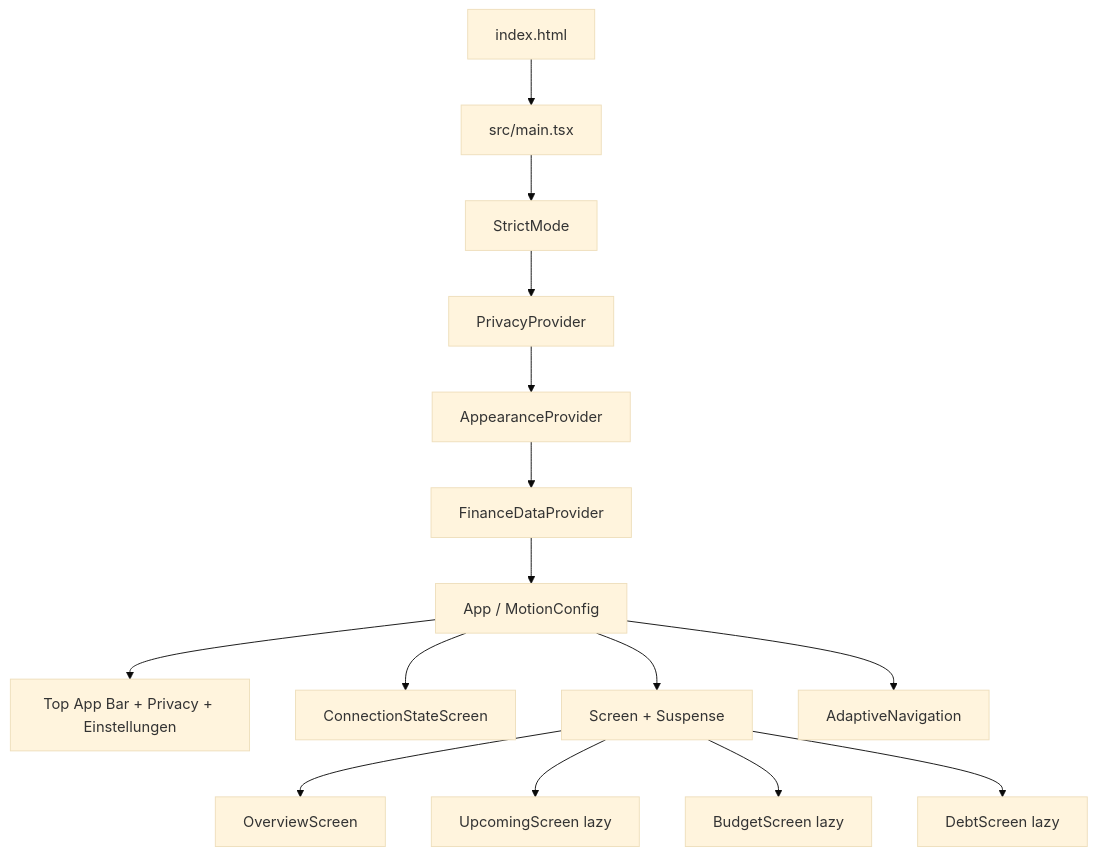
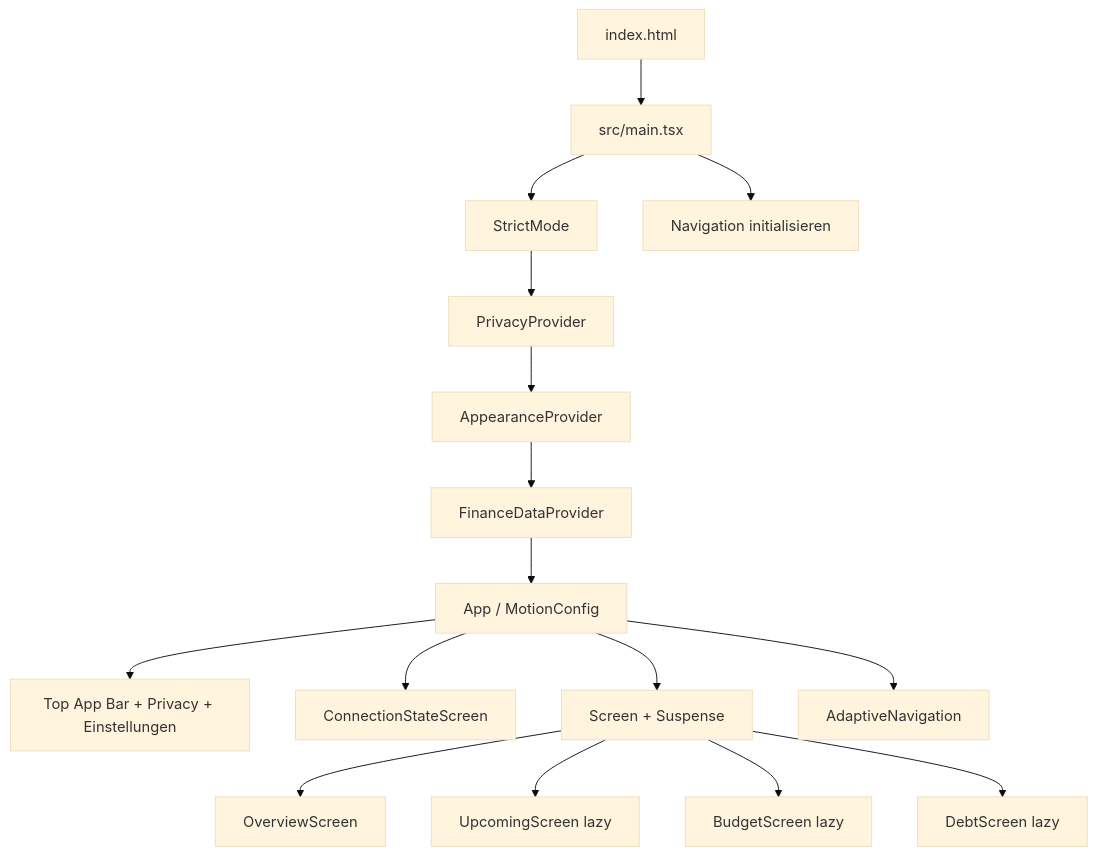
The diagram in docs/architektur/frontend.md (hernstev97/accura), drawn with Mermaid (base theme) before and after one commit. The commit also changed other lines of this file and 58 other files, not shown here.

````diff
--- a/docs/architektur/frontend.md
+++ b/docs/architektur/frontend.md
@@ -15,17 +15,18 @@
 ```mermaid
 flowchart TD
   HTML[index.html] --> MAIN[src/main.tsx]
   MAIN --> SM[StrictMode]
   SM --> P[PrivacyProvider]
   P --> A[AppearanceProvider]
   A --> F[FinanceDataProvider]
   F --> APP[App / MotionConfig]
+  MAIN --> ROUTES[Navigation initialisieren]
   APP --> BAR[Top App Bar + Privacy + Einstellungen]
   APP --> STATE[ConnectionStateScreen]
   APP --> CONTENT[Screen + Suspense]
   APP --> NAV[AdaptiveNavigation]
   CONTENT --> O[OverviewScreen]
   CONTENT --> U[UpcomingScreen lazy]
   CONTENT --> B[BudgetScreen lazy]
   CONTENT --> D[DebtScreen lazy]
 ```
````
